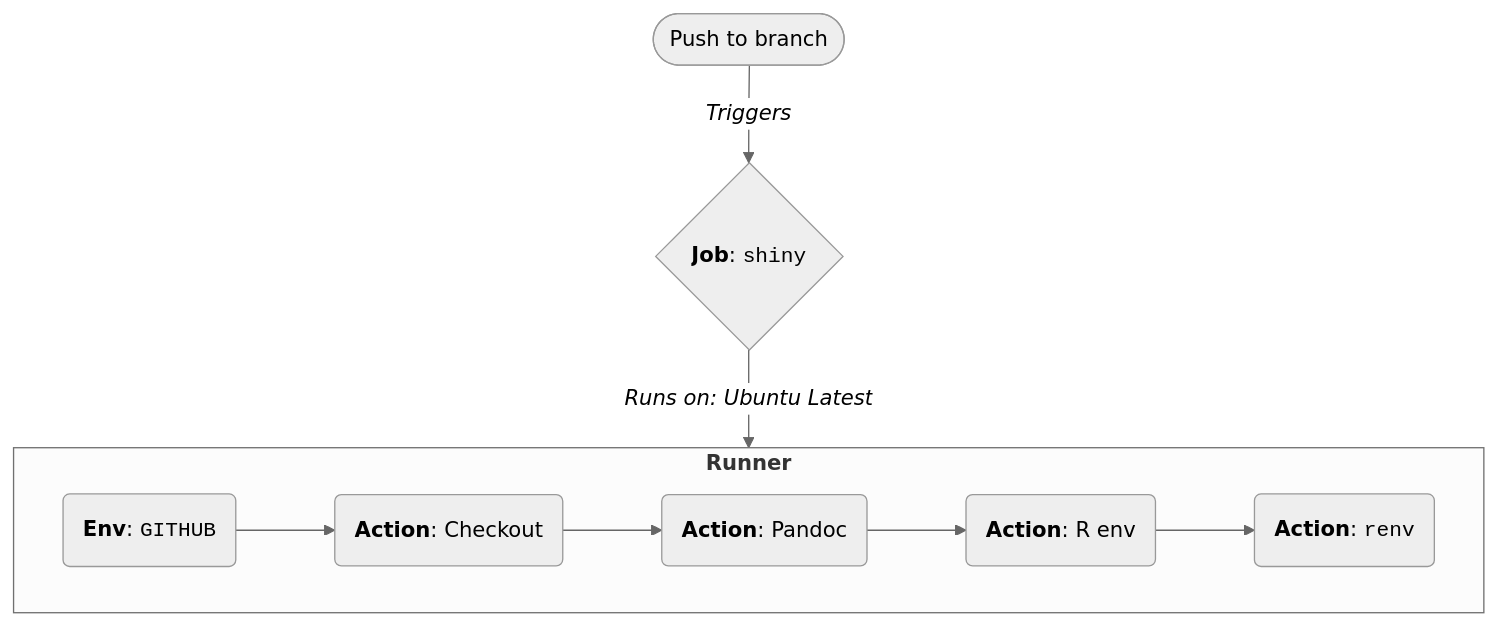
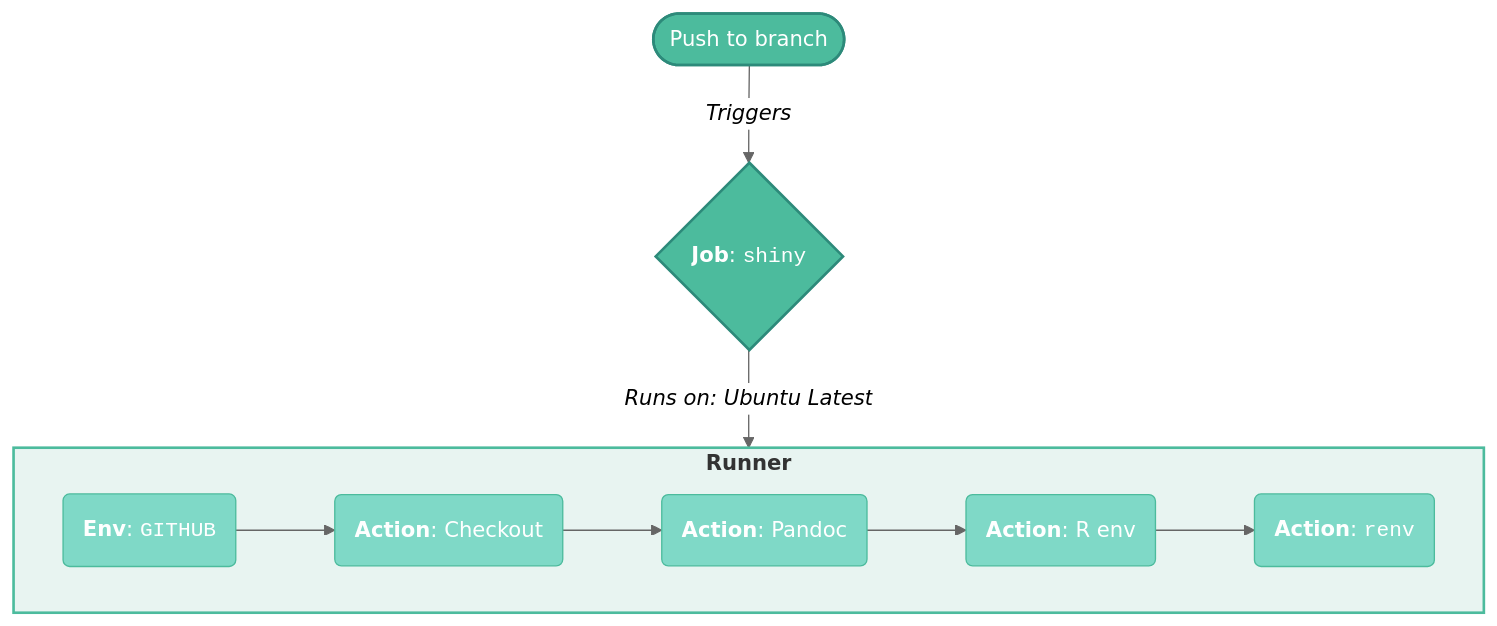
Before and after one commit to mjfrigaard/shiny-app-pkgs: the seventh of 8 diagrams in gha.qmd, drawn with Mermaid. The commit also changed other lines of this file, not shown here.

First line of the commit message:
Style all 8 mermaid diagrams in gha.qmd with teal palette

````diff
--- a/gha.qmd
+++ b/gha.qmd
@@ -912,17 +917,26 @@
 ```{mermaid}
 %%| fig-align: center
 %%{init: {'theme': 'neutral', 'themeVariables': { 'fontFamily': 'monospace', "fontSize":"16px"}}}%%
 flowchart TD
   Push(["Push to branch"])
   Push -->|"<em>Triggers</em>"| Shiny{"<strong>Job</strong>: <code>shiny</code>"}
     subgraph ubuntu["<strong>Runner</strong>"]
         PAT("<strong>Env</strong>: <code>GITHUB</code>")
         Checkout("<strong>Action</strong>: Checkout")
         SetupPandoc("<strong>Action</strong>: Pandoc")
         SetupR("<strong>Action</strong>: R env")
         SetupRenv("<strong>Action</strong>: <code>renv</code>")
     end
   Shiny -->|"<em>Runs on: Ubuntu Latest</em>"| ubuntu
   PAT --> Checkout --> SetupPandoc --> SetupR
   SetupR --> SetupRenv
+
+  style Push fill:#4CBB9D,color:#fff,stroke:#2d8a7a,stroke-width:2px
+  style Shiny fill:#4CBB9D,color:#fff,stroke:#2d8a7a,stroke-width:2px
+  style ubuntu fill:#e8f4f1,stroke:#4CBB9D,stroke-width:2px
+  style PAT fill:#7fd9c7,color:#fff,stroke:#4CBB9D,stroke-width:1px
+  style Checkout fill:#7fd9c7,color:#fff,stroke:#4CBB9D,stroke-width:1px
+  style SetupPandoc fill:#7fd9c7,color:#fff,stroke:#4CBB9D,stroke-width:1px
+  style SetupR fill:#7fd9c7,color:#fff,stroke:#4CBB9D,stroke-width:1px
+  style SetupRenv fill:#7fd9c7,color:#fff,stroke:#4CBB9D,stroke-width:1px
 ```
````
